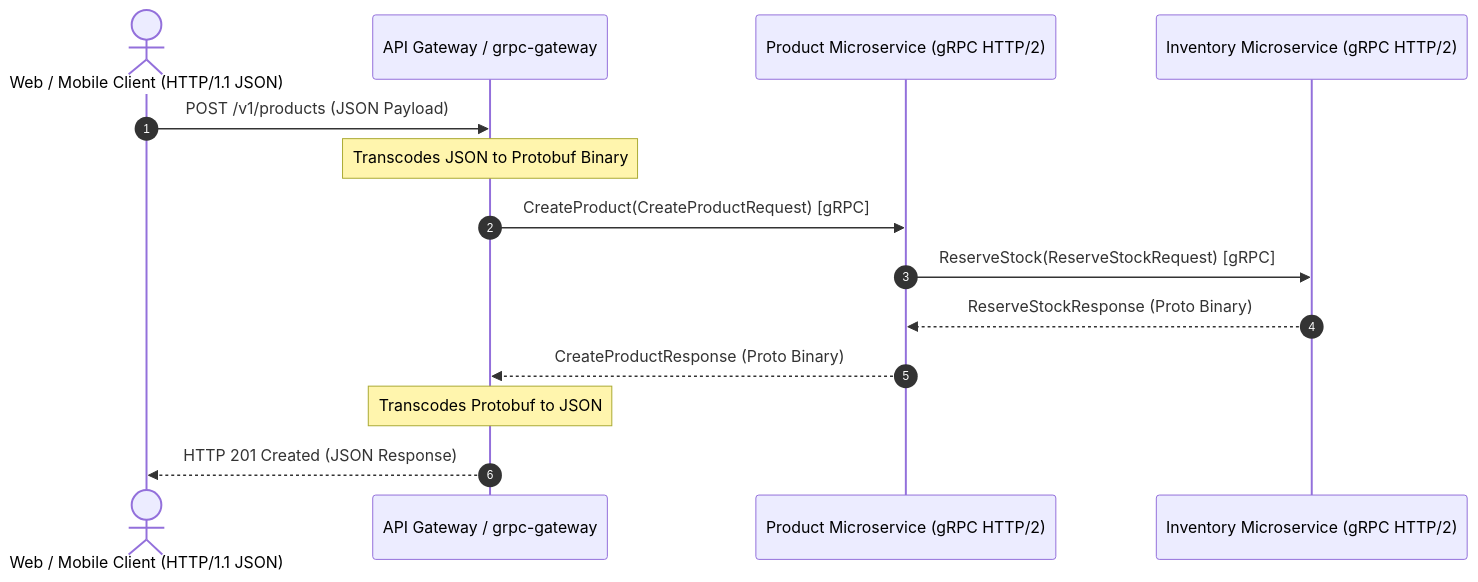
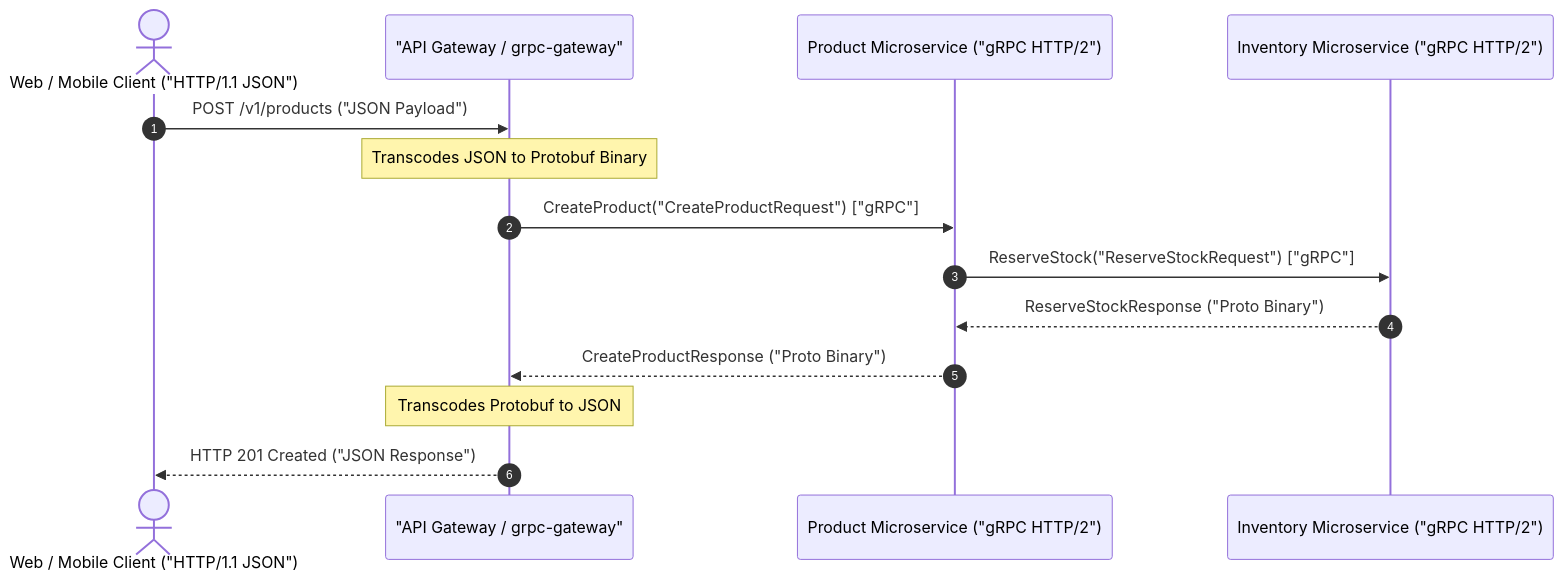
One commit to vesviet/vesviet changed the diagram in content/series/composable-commerce-migration/part-4-grpc-rest-gateway.md. Above: the diagram before and after it, drawn with Mermaid. The commit also changed other lines of this file and 331 other files, not shown here.

````diff
--- a/content/series/composable-commerce-migration/part-4-grpc-rest-gateway.md
+++ b/content/series/composable-commerce-migration/part-4-grpc-rest-gateway.md
@@ -29,17 +31,17 @@
 ```mermaid
 sequenceDiagram
     autonumber
-    actor Client as Web / Mobile Client (HTTP/1.1 JSON)
-    participant Gateway as API Gateway / grpc-gateway
-    participant ProductSvc as Product Microservice (gRPC HTTP/2)
-    participant InventorySvc as Inventory Microservice (gRPC HTTP/2)
+    actor Client as Web / Mobile Client ("HTTP/1.1 JSON")
+    participant Gateway as "API Gateway / grpc-gateway"
+    participant ProductSvc as Product Microservice ("gRPC HTTP/2")
+    participant InventorySvc as Inventory Microservice ("gRPC HTTP/2")
 
-    Client->>Gateway: POST /v1/products (JSON Payload)
+    Client->>Gateway: POST /v1/products ("JSON Payload")
     Note over Gateway: Transcodes JSON to Protobuf Binary
-    Gateway->>ProductSvc: CreateProduct(CreateProductRequest) [gRPC]
-    ProductSvc->>InventorySvc: ReserveStock(ReserveStockRequest) [gRPC]
-    InventorySvc-->>ProductSvc: ReserveStockResponse (Proto Binary)
-    ProductSvc-->>Gateway: CreateProductResponse (Proto Binary)
+    Gateway->>ProductSvc: CreateProduct("CreateProductRequest") ["gRPC"]
+    ProductSvc->>InventorySvc: ReserveStock("ReserveStockRequest") ["gRPC"]
+    InventorySvc-->>ProductSvc: ReserveStockResponse ("Proto Binary")
+    ProductSvc-->>Gateway: CreateProductResponse ("Proto Binary")
     Note over Gateway: Transcodes Protobuf to JSON
-    Gateway-->>Client: HTTP 201 Created (JSON Response)
+    Gateway-->>Client: HTTP 201 Created ("JSON Response")
 ```
````
